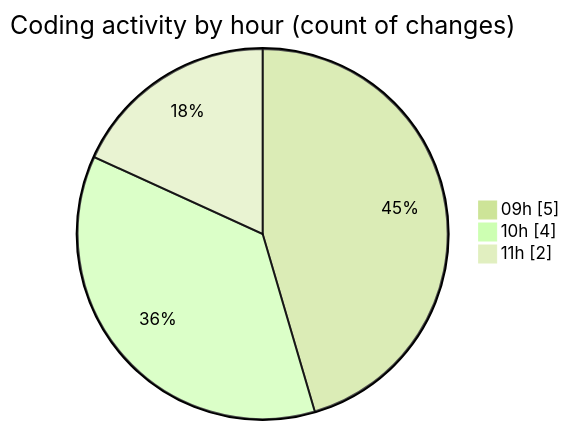
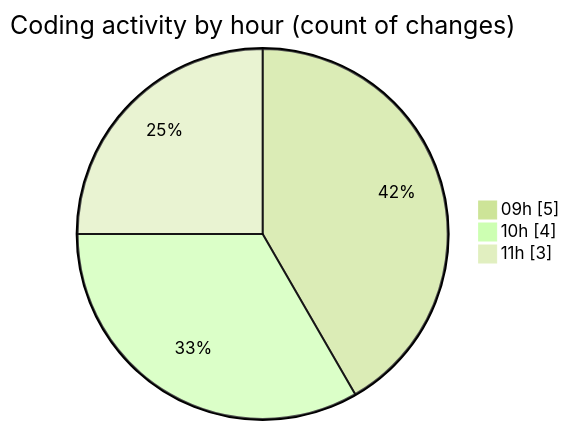
The second of 2 diagrams in 2025-09-11/cda/README.md (momahboobian/code-tracking), drawn with Mermaid (forest theme) before and after one commit. The commit also changed other lines of this file and 1 other file, not shown here.

````diff
--- a/2025-09-11/cda/README.md
+++ b/2025-09-11/cda/README.md
@@ -33,7 +35,7 @@
 ```mermaid
 pie showData
 title Coding activity by hour (count of changes)
 "09h" : 5
 "10h" : 4
-"11h" : 2
+"11h" : 3
 ```
````
